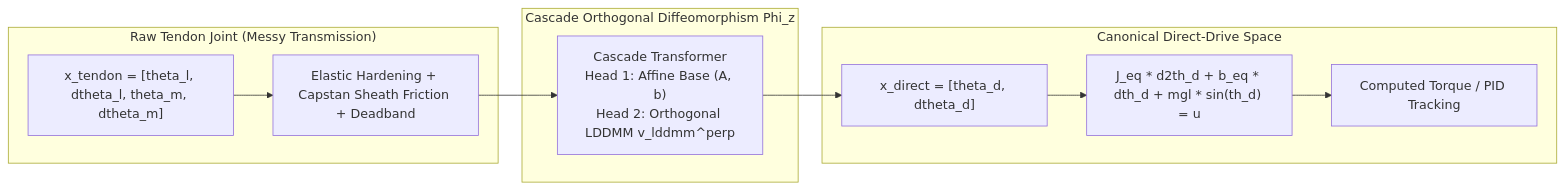
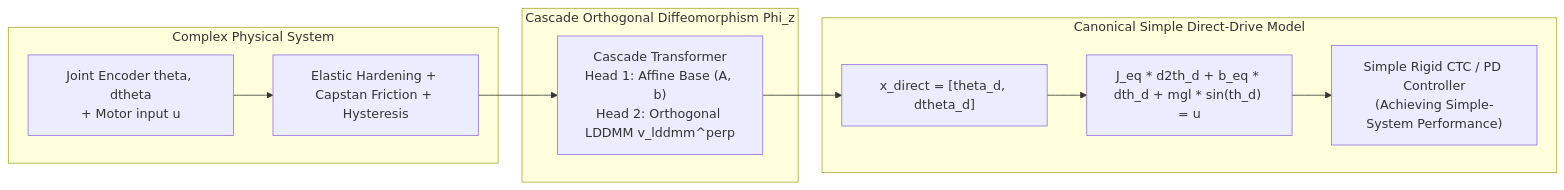
Before and after one commit to fangde/symmetryObserver: the diagram in README.md, drawn with Mermaid. The commit also changed other lines of this file and 8 other files, not shown here.

Commit message:
feat(control): implement joint-encoder-based controlled symmetry benchmark to match simple-system performance

````diff
--- a/README.md
+++ b/README.md
@@ -26,17 +35,17 @@
 ```mermaid
 flowchart LR
-    subgraph RawSpace ["Raw Tendon Joint (Messy Transmission)"]
-        XT["x_tendon = [theta_l, dtheta_l, theta_m, dtheta_m]"]
-        XT --> Nonlin["Elastic Hardening + Capstan Sheath Friction + Deadband"]
+    subgraph ComplexPlant ["Complex Physical System"]
+        XT["Joint Encoder theta, dtheta<br/>+ Motor input u"]
+        XT --> Nonlin["Elastic Hardening + Capstan Friction + Hysteresis"]
     end
     
     subgraph Mapping ["Cascade Orthogonal Diffeomorphism Phi_z"]
         Nonlin --> Trans["Cascade Transformer<br/>Head 1: Affine Base (A, b)<br/>Head 2: Orthogonal LDDMM v_lddmm^perp"]
     end
     
-    subgraph CanonicalSpace ["Canonical Direct-Drive Space"]
+    subgraph CanonicalSpace ["Canonical Simple Direct-Drive Model"]
         Trans --> XD["x_direct = [theta_d, dtheta_d]"]
         XD --> DirectODE["J_eq * d2th_d + b_eq * dth_d + mgl * sin(th_d) = u"]
-        DirectODE --> EasyCtrl["Computed Torque / PID Tracking"]
+        DirectODE --> EasyCtrl["Simple Rigid CTC / PD Controller<br/>(Achieving Simple-System Performance)"]
     end
 ```
````
